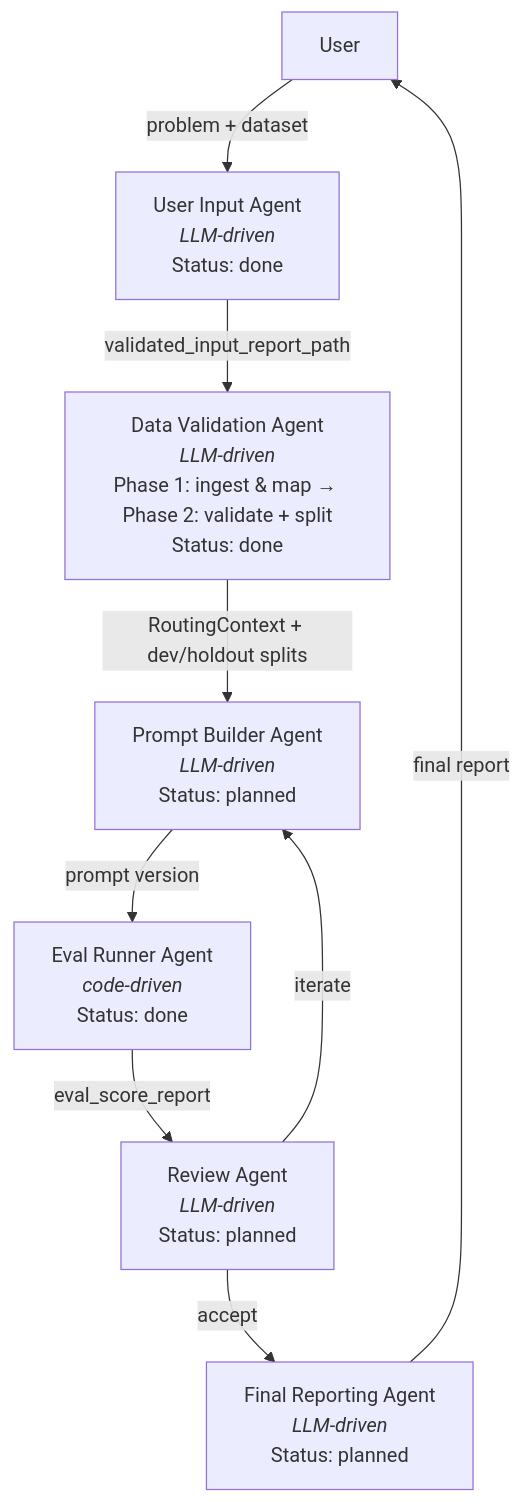
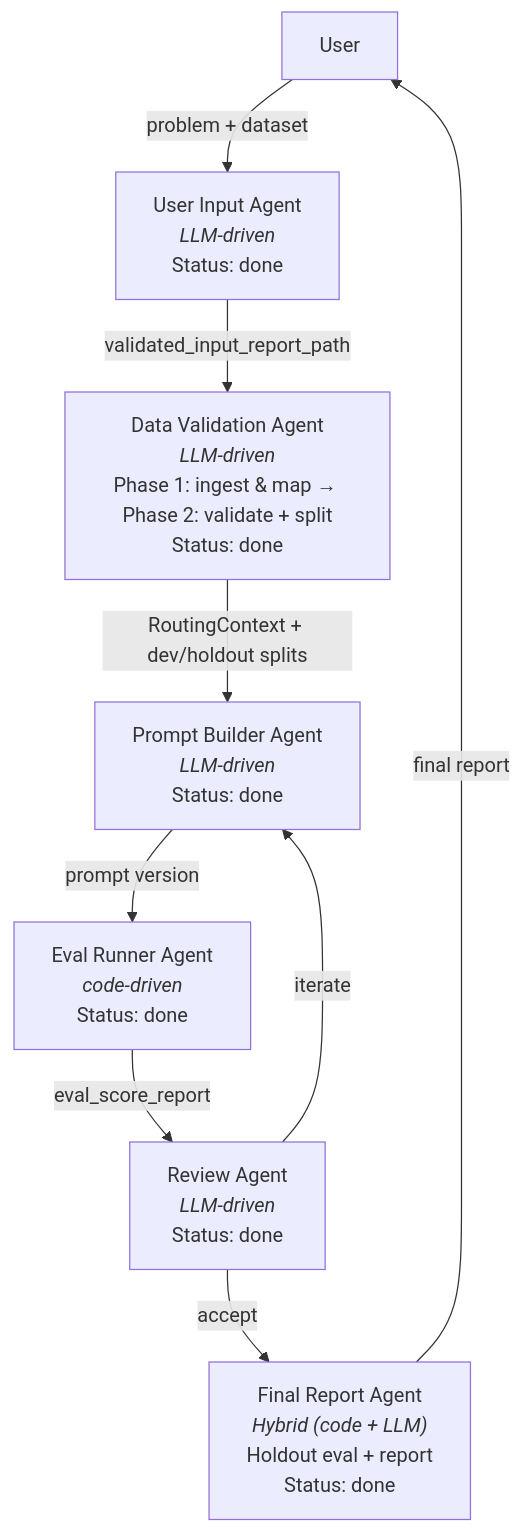
Before and after one commit to ProsusAI/Compass: the diagram in docs/architecture.md, drawn with Mermaid. The commit also changed other lines of this file and 19 other files, not shown here.

First line of the commit message:
feat: add Final Report Agent — merge holdout eval and report into Stage 5

````diff
--- a/docs/architecture.md
+++ b/docs/architecture.md
@@ -7,11 +7,11 @@
 ```mermaid
 graph TD
     U["User"] -->|problem + dataset| A1["User Input Agent<br/><em>LLM-driven</em><br/>Status: done"]
     A1 -->|validated_input_report_path| A2["Data Validation Agent<br/><em>LLM-driven</em><br/>Phase 1: ingest &amp; map → Phase 2: validate + split<br/>Status: done"]
-    A2 -->|RoutingContext + dev/holdout splits| A3["Prompt Builder Agent<br/><em>LLM-driven</em><br/>Status: planned"]
+    A2 -->|RoutingContext + dev/holdout splits| A3["Prompt Builder Agent<br/><em>LLM-driven</em><br/>Status: done"]
     A3 -->|prompt version| A4["Eval Runner Agent<br/><em>code-driven</em><br/>Status: done"]
-    A4 -->|eval_score_report| A5["Review Agent<br/><em>LLM-driven</em><br/>Status: planned"]
+    A4 -->|eval_score_report| A5["Review Agent<br/><em>LLM-driven</em><br/>Status: done"]
     A5 -->|iterate| A3
-    A5 -->|accept| A6["Final Reporting Agent<br/><em>LLM-driven</em><br/>Status: planned"]
+    A5 -->|accept| A6["Final Report Agent<br/><em>Hybrid (code + LLM)</em><br/>Holdout eval + report<br/>Status: done"]
     A6 -->|final report| U
 ```
````
